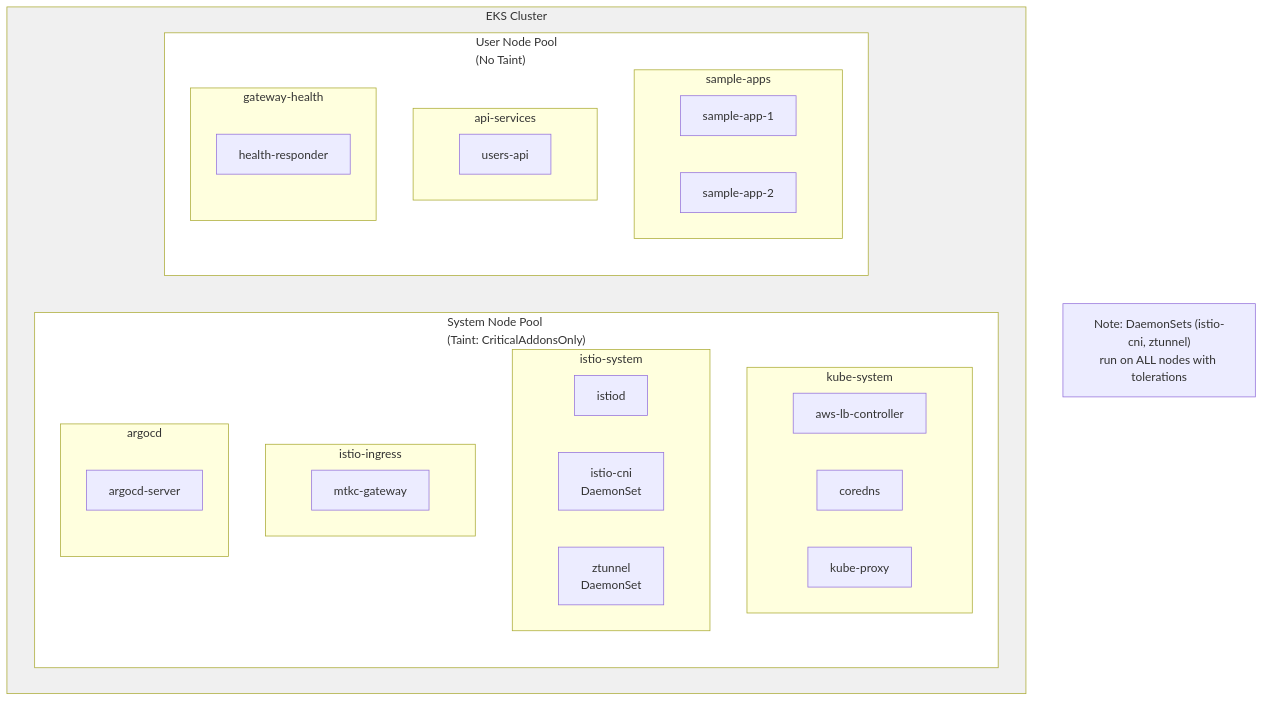
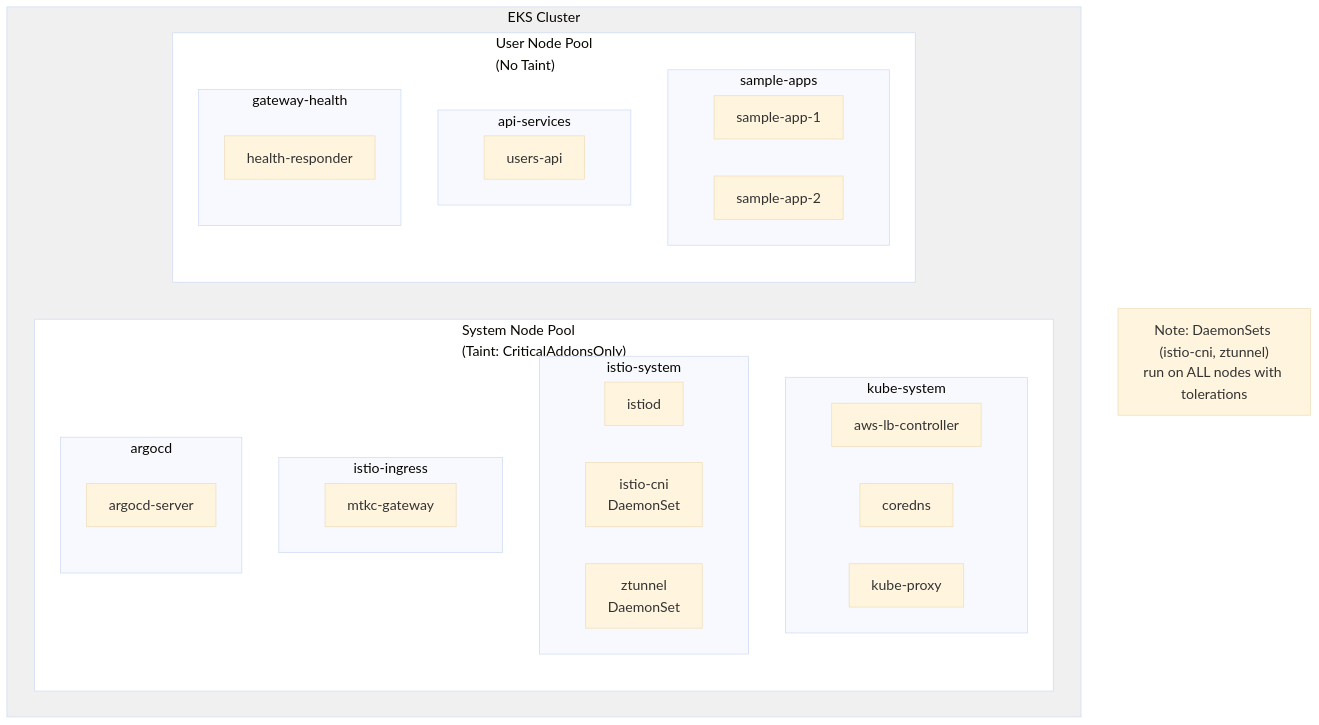
The second of 3 diagrams in README.md (shanaka-versent/EKS-Istio-GatewayAPI-Deom), drawn with Mermaid before and after one commit.

Commit message:
docs: Increase font size in EKS Cluster Detail diagram

````diff
--- a/README.md
+++ b/README.md
@@ -105,42 +105,43 @@
 ```mermaid
+%%{init: {'theme': 'base', 'themeVariables': {'fontSize': '19px'}}}%%
 flowchart TB
     subgraph EKS["EKS Cluster"]
         subgraph SystemPool["System Node Pool<br/>(Taint: CriticalAddonsOnly)"]
             subgraph KS["kube-system"]
                 LBC2[aws-lb-controller]
                 CoreDNS[coredns]
                 KubeProxy[kube-proxy]
             end
             subgraph IS["istio-system"]
                 Istiod2[istiod]
                 CNI[istio-cni<br/>DaemonSet]
                 ZT[ztunnel<br/>DaemonSet]
             end
             subgraph II["istio-ingress"]
                 GW2[mtkc-gateway]
             end
             subgraph AC["argocd"]
                 ArgoServer[argocd-server]
             end
         end
 
         subgraph UserPool["User Node Pool<br/>(No Taint)"]
             subgraph SA["sample-apps"]
                 App1B[sample-app-1]
                 App2B[sample-app-2]
             end
             subgraph API2["api-services"]
                 UsersAPI[users-api]
             end
             subgraph GH["gateway-health"]
                 HealthResp[health-responder]
             end
         end
     end
 
     Note["Note: DaemonSets (istio-cni, ztunnel)<br/>run on ALL nodes with tolerations"]
 
     style EKS fill:#f0f0f0
     style SystemPool fill:#ffffff
     style UserPool fill:#ffffff
 ```
````
